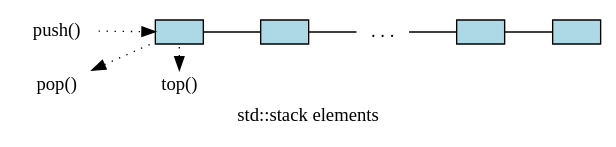
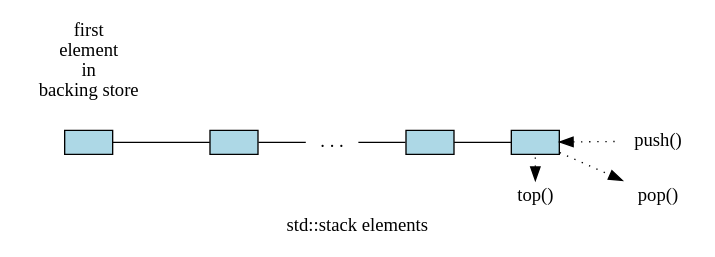
Before and after one commit to townmath/cisp400-reader: the first of 2 diagrams in _sources/stack/stack.rst, drawn with Graphviz. The commit also changed 10 other files, not shown here.

Commit message:
fix stack diagram

```diff
--- a/_sources/stack/stack.rst
+++ b/_sources/stack/stack.rst
@@ -60,31 +60,34 @@
 .. graphviz::
    :align: center
    :alt: std::stack elements
 
    // shows push and pop
    digraph g {
        graph [
-          rankdir=LR;
-          labelloc=b;
-          label="std::stack elements";
-       ];
+          rankdir=LR
+          labelloc=b
+          label="std::stack elements"
+       ]
        node [fontname = "Bitstream Vera Sans", fontsize=14,
              style=filled, fillcolor=lightblue,
-             shape=box, width=0.5, height=.25, label=""];
+             shape=box, width=0.5, height=.25, label=""]
 
 
        a,b,d,e;
-       node [style=none];
-       c [label=". . .", color=white];
+       node [style=none]
+       c [label=". . .", color=white]
 
-       top [shape=none, label="top()"];
-       push [shape=none, label="push()"];
-       pop [shape=none, label="pop()"];
+       top [shape=none, label="top()"]
+       push [shape=none, label="push()"]
+       pop [shape=none, label="pop()"]
+       front [shape=none, label="first\nelement\nin\nbacking store"]
 
-       a -> b -> c -> d -> e [dir=none, arrowhead=vee];
-       push -> a [style=dotted];
-       pop -> a [dir=back,style=dotted];
 
-       pop:e -> top:w [style=invis]   
-       top -> a [style=dotted, dir=back, constraint=false];
+       a -> b -> c -> d -> e [dir=none, arrowhead=vee]
+       e -> push [dir = back, style=dotted]
+       e-> pop [style=dotted]
+       // front -> a [dir=none, style=dotted, constraint=false]
+
+       top -> pop [style=invis]  
+       top -> e [style=dotted, dir=back, constraint=false]
    }
```
